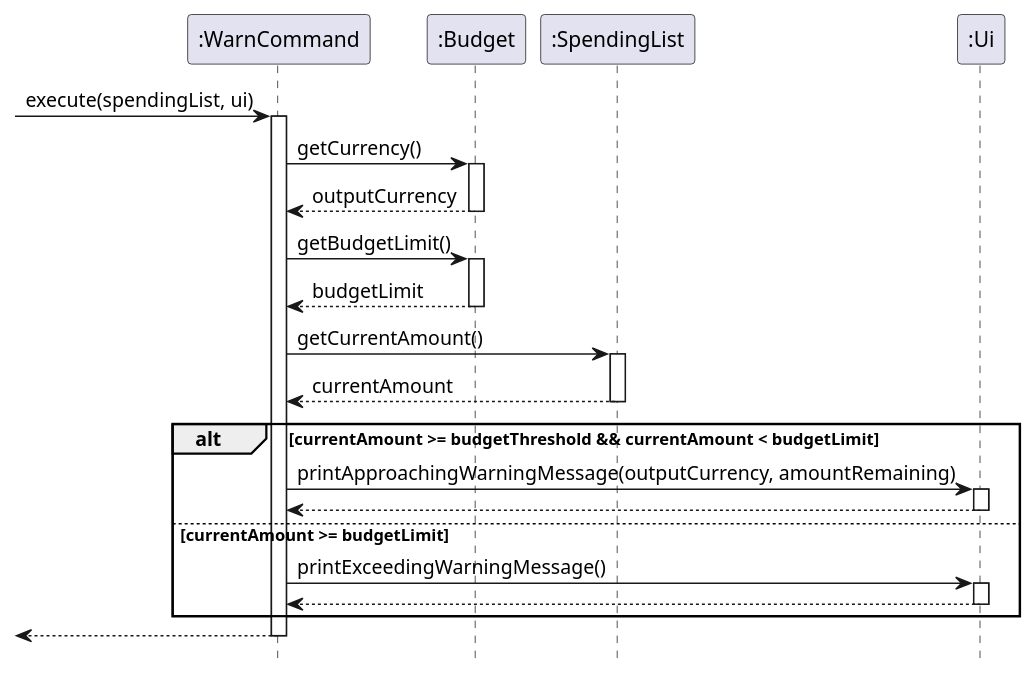
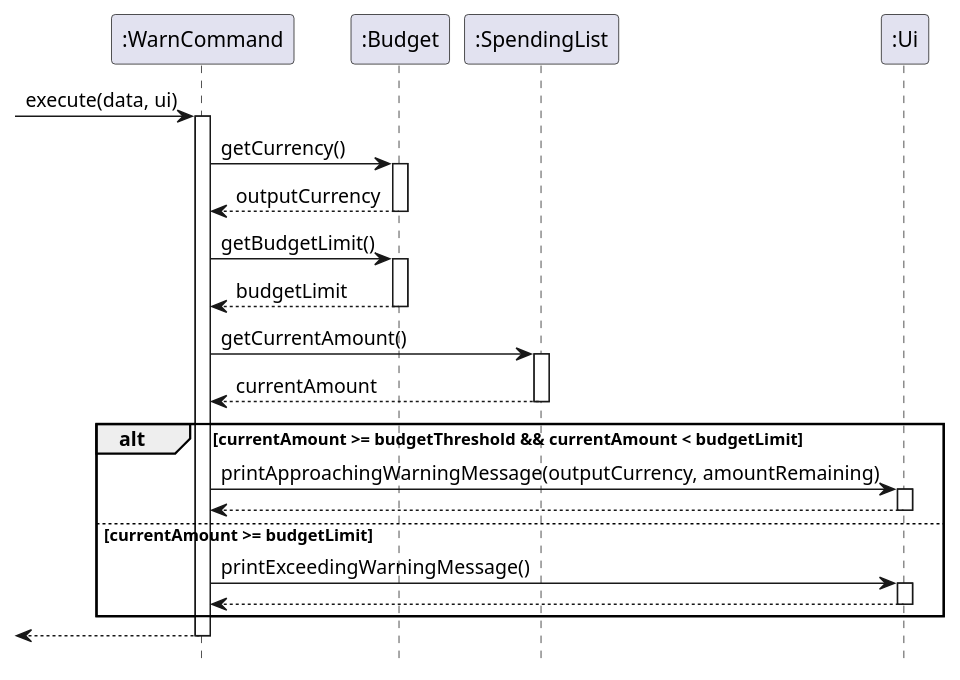
The diagram in src/uml/sequence diagrams/WarnCommand.puml (xieyaoyue/tp), drawn with PlantUML before and after one commit. The commit also changed 35 other files, not shown here.

```diff
--- a/src/uml/sequence diagrams/WarnCommand.puml
+++ b/src/uml/sequence diagrams/WarnCommand.puml
@@ -1,30 +1,30 @@
 @startuml
 hide footbox
-->":WarnCommand":execute(spendingList, ui)
+->":WarnCommand":execute(data, ui)
 activate ":WarnCommand"
 ":WarnCommand"->":Budget":getCurrency()
 activate ":Budget"
 ":Budget"-->":WarnCommand":outputCurrency
 deactivate ":Budget"
 ":WarnCommand"->":Budget":getBudgetLimit()
 activate ":Budget"
 ":Budget"-->":WarnCommand":budgetLimit
 deactivate ":Budget"
 ":WarnCommand"->":SpendingList":getCurrentAmount()
 activate ":SpendingList"
 ":SpendingList"-->":WarnCommand":currentAmount
 deactivate ":SpendingList"
 alt currentAmount >= budgetThreshold && currentAmount < budgetLimit
 ":WarnCommand"->":Ui":printApproachingWarningMessage(outputCurrency, amountRemaining)
 activate ":Ui"
 ":Ui"-->":WarnCommand":
 deactivate ":Ui"
 else currentAmount >= budgetLimit
 ":WarnCommand"->":Ui":printExceedingWarningMessage()
 activate ":Ui"
 ":Ui"-->":WarnCommand"
 deactivate ":Ui"
 end
 <--":WarnCommand"
 deactivate ":WarnCommand"
 @enduml
```
